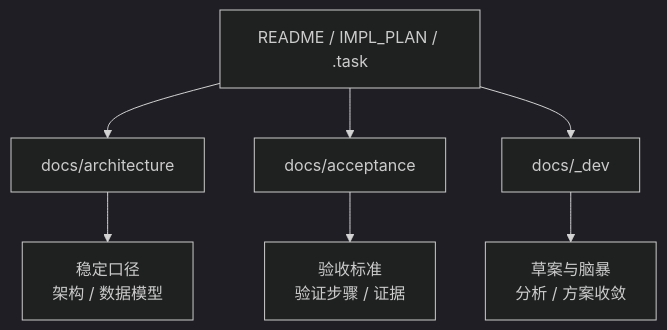
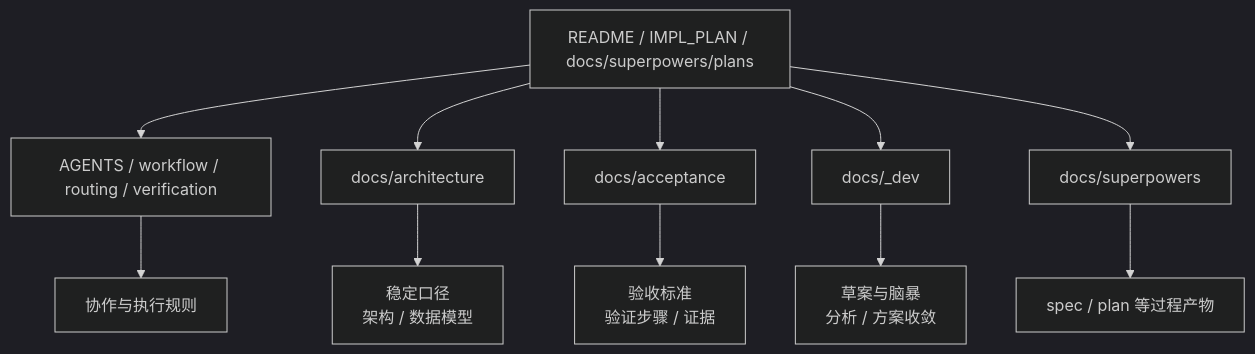
One commit to ticoAg/BaiCao changed the diagram in docs/README.md. Above: the diagram before and after it, drawn with Mermaid (dark theme). The commit also changed other lines of this file and 21 other files, not shown here.

Commit message:
docs: adopt writing-plans as task system

````diff
--- a/docs/README.md
+++ b/docs/README.md
@@ -42,12 +56,15 @@
 ```mermaid
 flowchart TB
-    Root[README / IMPL_PLAN / .task]
-
+    Root[README / IMPL_PLAN / docs/superpowers/plans]
+    Root --> Guide[AGENTS / workflow / routing / verification]
     Root --> Arch[docs/architecture]
     Root --> Acc[docs/acceptance]
     Root --> Dev[docs/_dev]
+    Root --> Sup[docs/superpowers]
 
+    Guide --> Ops[协作与执行规则]
     Arch --> Stable[稳定口径<br/>架构 / 数据模型]
     Acc --> Verify[验收标准<br/>验证步骤 / 证据]
     Dev --> Draft[草案与脑暴<br/>分析 / 方案收敛]
+    Sup --> Process[spec / plan 等过程产物]
 ```
````
